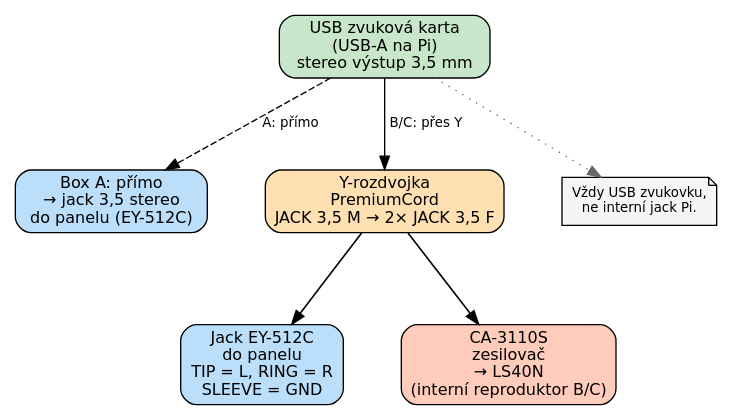
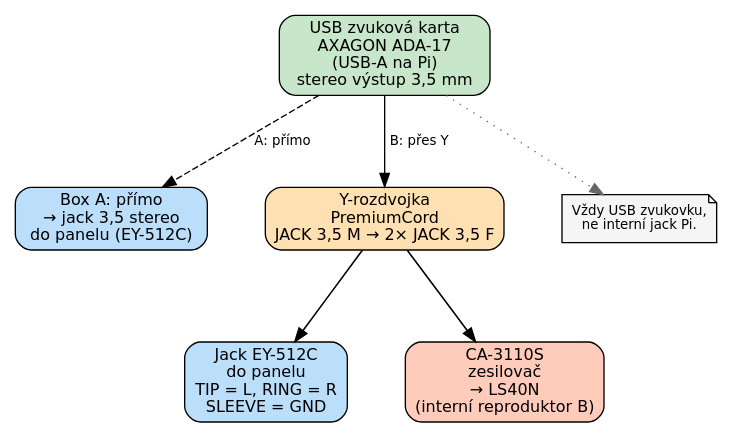
One commit to K0F/1938_ABC changed the diagram in docs/dot/hw_03_audio_output.dot. Above: the diagram before and after it, drawn with Graphviz. The commit also changed 22 other files, not shown here.

```diff
--- a/docs/dot/hw_03_audio_output.dot
+++ b/docs/dot/hw_03_audio_output.dot
@@ -1,28 +1,28 @@
 // HW §5.3 — Zvukový výstup (USB zvukovka → panelový stereo jack)
 digraph G {
     graph [fontname="DejaVu Sans" rankdir=TB bgcolor="white" nodesep=0.6 ranksep=0.8];
 node [fontname="DejaVu Sans" fontsize=12 style="filled"];
 edge [fontname="DejaVu Sans" fontsize=10];
 
 // Source
-usb [label="USB zvuková karta\n(USB-A na Pi)\nstereo výstup 3,5 mm" shape=box style="filled,rounded" fillcolor="#c8e6c9" width=2.2];
+usb [label="USB zvuková karta\nAXAGON ADA-17\n(USB-A na Pi)\nstereo výstup 3,5 mm" shape=box style="filled,rounded" fillcolor="#c8e6c9" width=2.2];
 
 // Box A path
 a_direct [label="Box A: přímo\n→ jack 3,5 stereo\ndo panelu (EY-512C)" shape=box style="filled,rounded" fillcolor="#bbdefb" width=2];
 
-// Box B/C path
+// Box B path
 y_split [label="Y-rozdvojka\nPremiumCord\nJACK 3,5 M → 2× JACK 3,5 F" shape=box style="filled,rounded" fillcolor="#ffe0b2" width=2.2];
 
 panel_jack [label="Jack EY-512C\ndo panelu\nTIP = L, RING = R\nSLEEVE = GND" shape=box style="filled,rounded" fillcolor="#bbdefb"];
-amp [label="CA-3110S\nzesilovač\n→ LS40N\n(interní reproduktor B/C)" shape=box style="filled,rounded" fillcolor="#ffccbc"];
+amp [label="CA-3110S\nzesilovač\n→ LS40N\n(interní reproduktor B)" shape=box style="filled,rounded" fillcolor="#ffccbc"];
 
 // Edges
 usb -> a_direct [label="  A: přímo  " style=dashed];
-usb -> y_split [label="  B/C: přes Y  "];
+usb -> y_split [label="  B: přes Y  "];
 y_split -> panel_jack [label="  " penwidth=1.2];
 y_split -> amp [label="  " penwidth=1.2];
 
 // Note
 note [label="Vždy USB zvukovku,\nne interní jack Pi." shape=note fillcolor="#f5f5f5" fontsize=10];
 usb -> note [style=dotted color="#666666"];
 }
```
